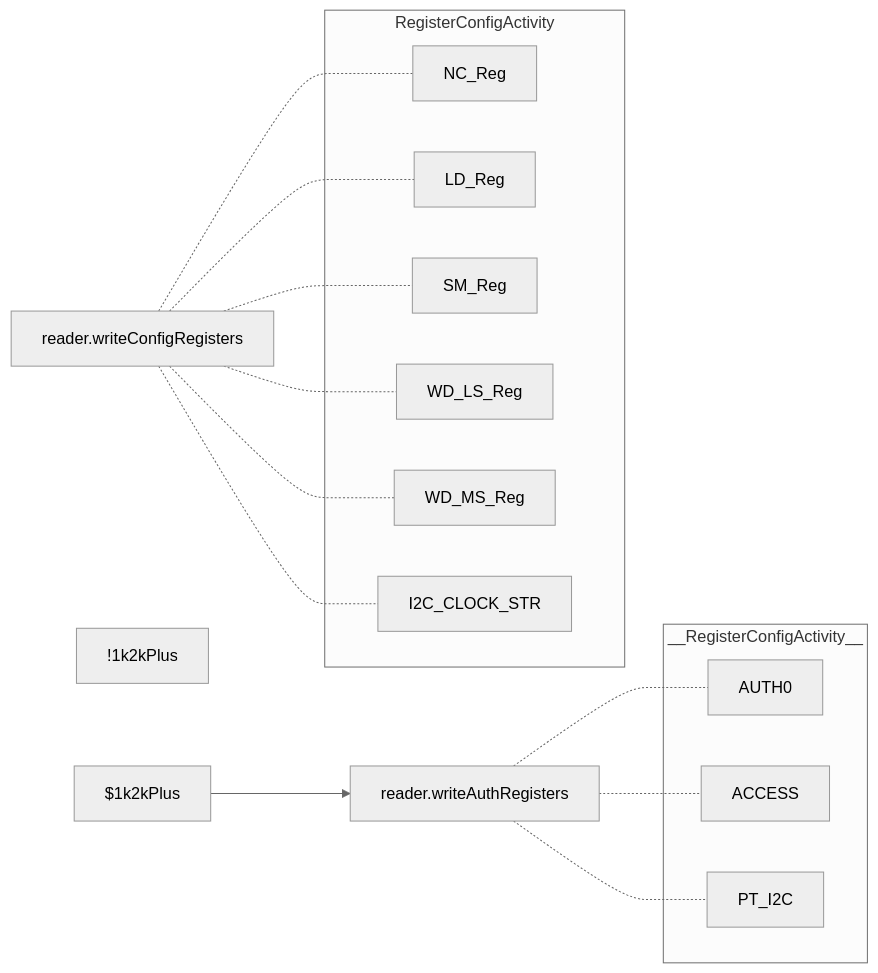
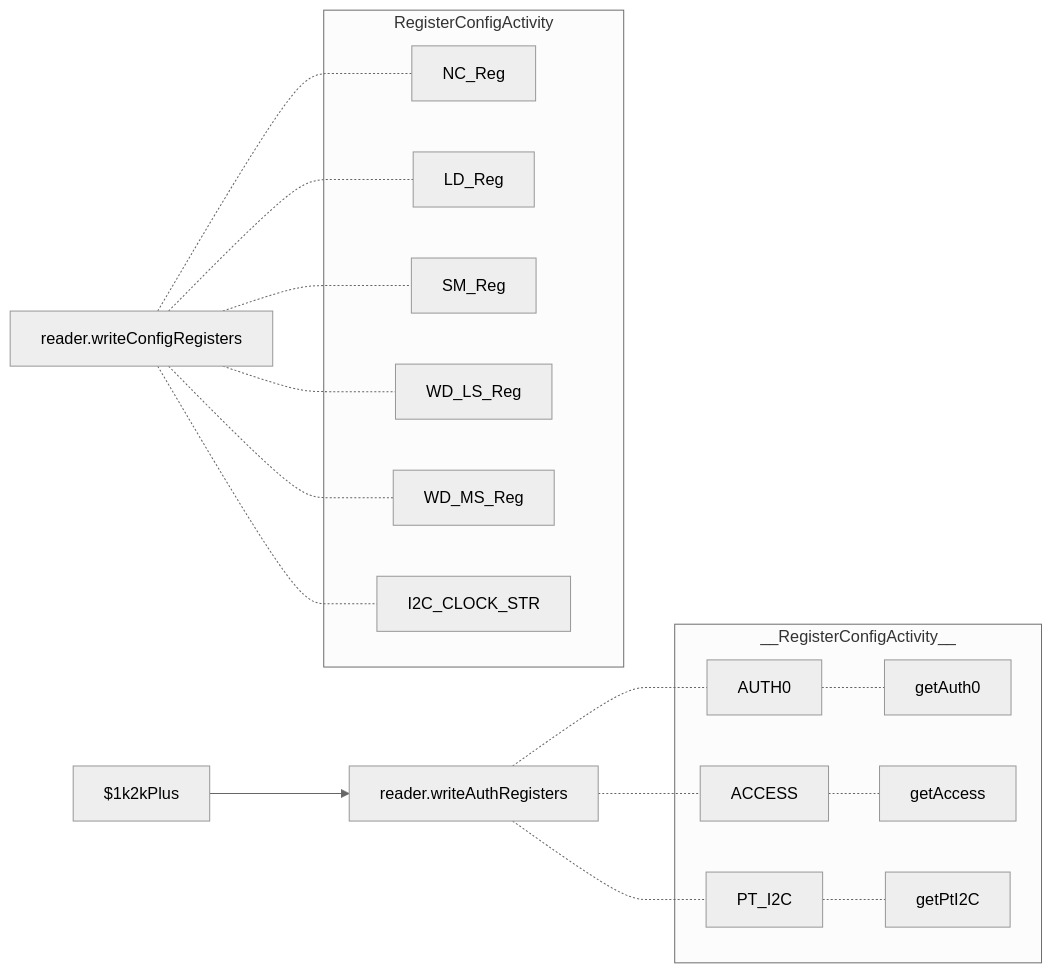
Before and after one commit to gordianknotC/nxp_note: the tenth of 10 diagrams in nxp/NtagDemo_mermaid.md, drawn with Mermaid (neutral theme). The commit also changed other lines of this file, not shown here.

Commit message:
nxp/NtagDemo_mermaid.md updated from https://stackedit.io/

````diff
--- a/nxp/NtagDemo_mermaid.md
+++ b/nxp/NtagDemo_mermaid.md
@@ -381,30 +381,30 @@
 ```mermaid
 graph LR
 $1k2kPlus
-!1k2kPlus
+
 
 subgraph RegisterConfigActivity
 	NC_Reg
 	LD_Reg
 	SM_Reg
 	WD_LS_Reg
 	WD_MS_Reg
 	I2C_CLOCK_STR
 end
 reader.writeConfigRegisters -.- NC_Reg
 reader.writeConfigRegisters -.- LD_Reg
 reader.writeConfigRegisters -.- SM_Reg
 reader.writeConfigRegisters -.- WD_LS_Reg
 reader.writeConfigRegisters -.- WD_MS_Reg
 reader.writeConfigRegisters -.- I2C_CLOCK_STR
 
 subgraph __RegisterConfigActivity__
-	AUTH0
-	ACCESS
-	PT_I2C
+	AUTH0 -.- getAuth0
+	ACCESS -.- getAccess
+	PT_I2C -.- getPtI2C
 end
 $1k2kPlus --> reader.writeAuthRegisters
 reader.writeAuthRegisters -.- AUTH0
 reader.writeAuthRegisters -.- ACCESS
 reader.writeAuthRegisters -.- PT_I2C
 ```
````
